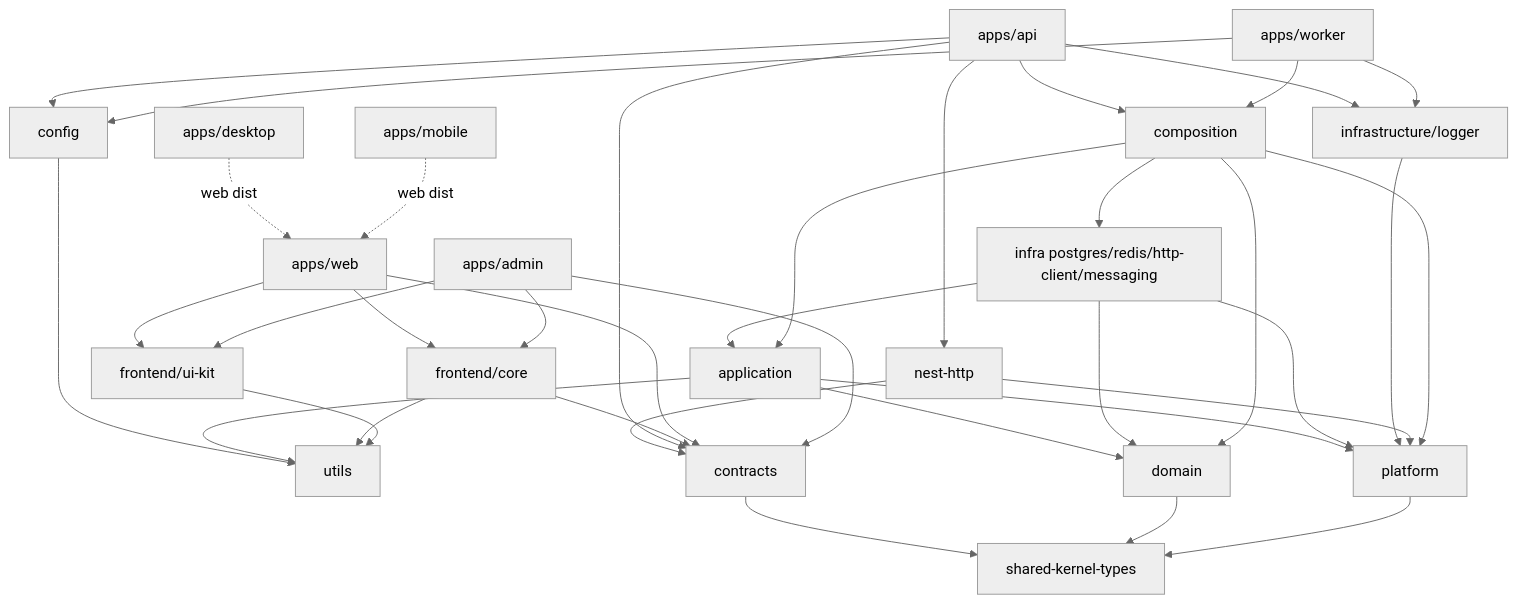
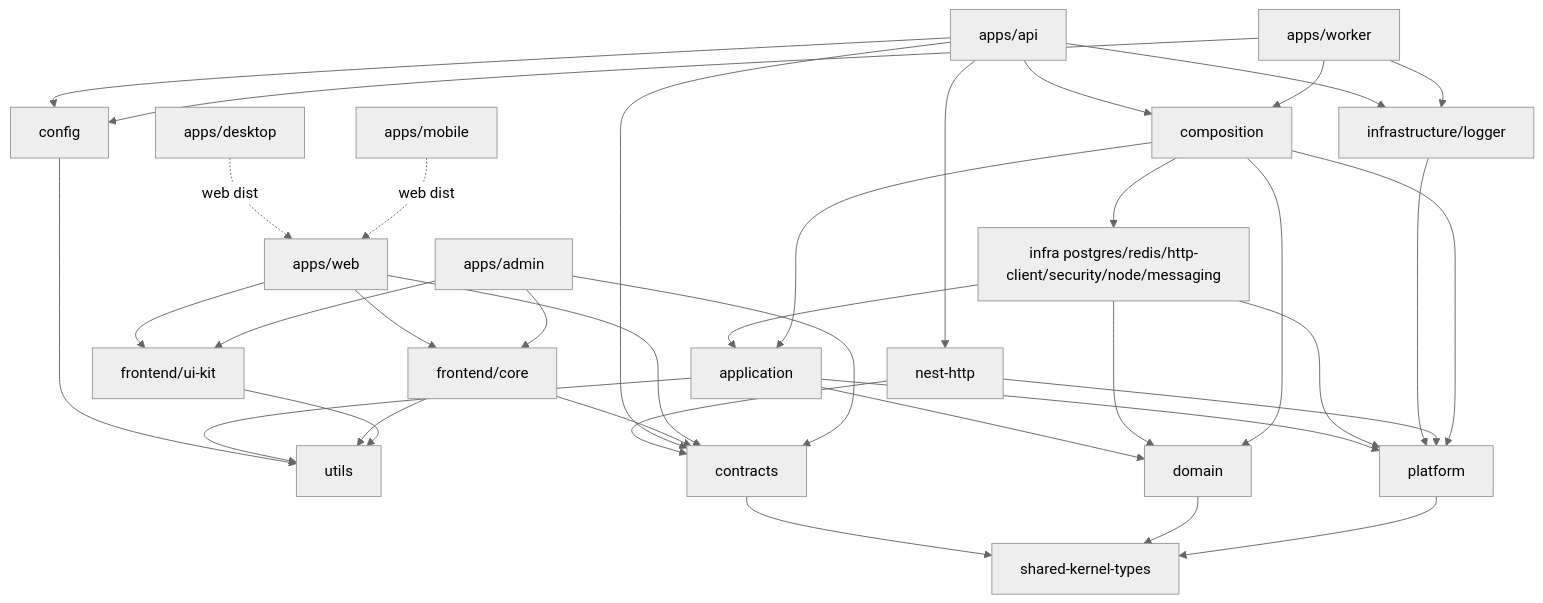
The diagram in docs/architecture/workspace-topology.md (VladimirGhrejyan/b2b-saas-starter-kit), drawn with Mermaid (neutral theme) before and after one commit. The commit also changed other lines of this file and 215 other files, not shown here.

Commit message:
chore(VC-1): update auth,postgres. add security and node packages

````diff
--- a/docs/architecture/workspace-topology.md
+++ b/docs/architecture/workspace-topology.md
@@ -105,62 +107,62 @@
 ```mermaid
 flowchart TB
   skt[shared-kernel-types]
   utils[utils]
   contracts[contracts]
   cfg[config]
 
   domain[domain]
   platform[platform]
   application[application]
-  infra["infra postgres/redis/http-client/messaging"]
+  infra["infra postgres/redis/http-client/security/node/messaging"]
   loggerPkg[infrastructure/logger]
   nestHttp[nest-http]
   composition[composition]
 
   api[apps/api]
   worker[apps/worker]
 
   ui[frontend/ui-kit]
   core[frontend/core]
   web[apps/web]
   admin[apps/admin]
   desktop[apps/desktop]
   mobile[apps/mobile]
 
   contracts --> skt
   cfg --> utils
   domain --> skt
   platform --> skt
   application --> domain
   application --> platform
   application --> utils
   infra --> domain
   infra --> application
   infra --> platform
   loggerPkg --> platform
   nestHttp --> contracts
   nestHttp --> platform
   composition --> domain
   composition --> application
   composition --> infra
   composition --> platform
   api --> nestHttp
   api --> composition
   api --> contracts
   api --> cfg
   api --> loggerPkg
   worker --> composition
   worker --> cfg
   worker --> loggerPkg
   core --> contracts
   core --> utils
   ui --> utils
   web --> ui
   web --> core
   web --> contracts
   admin --> ui
   admin --> core
   admin --> contracts
   desktop -.->|"web dist"| web
   mobile -.->|"web dist"| web
 ```
````
